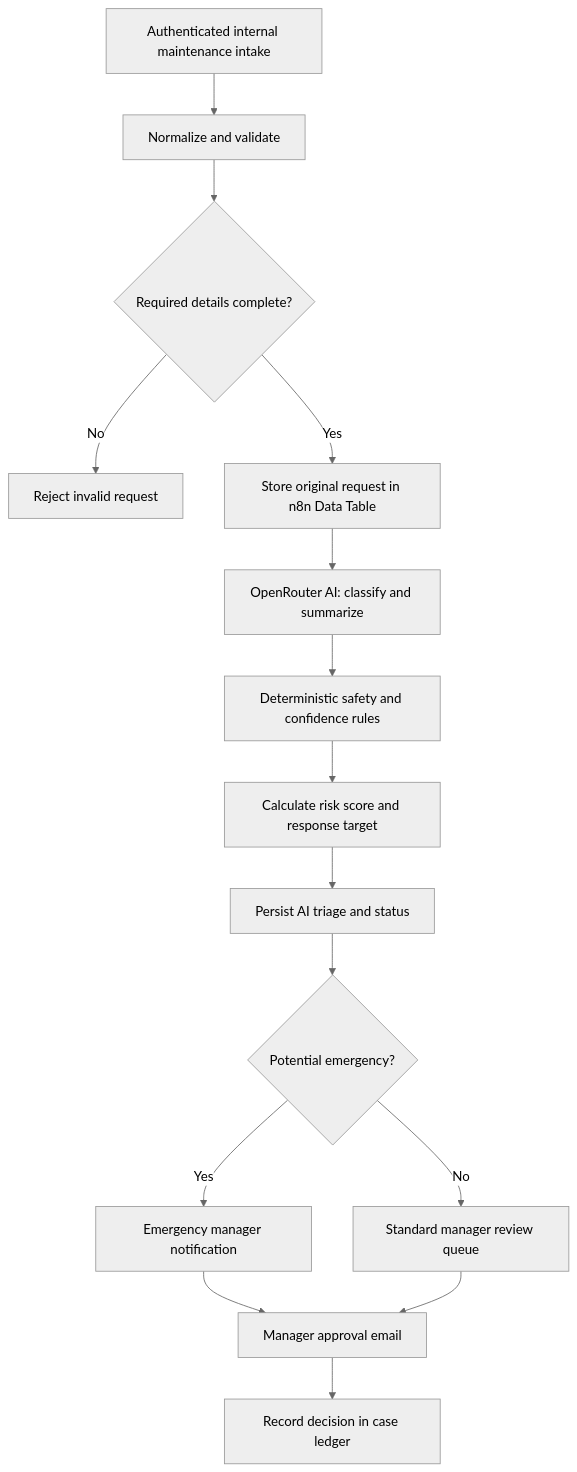
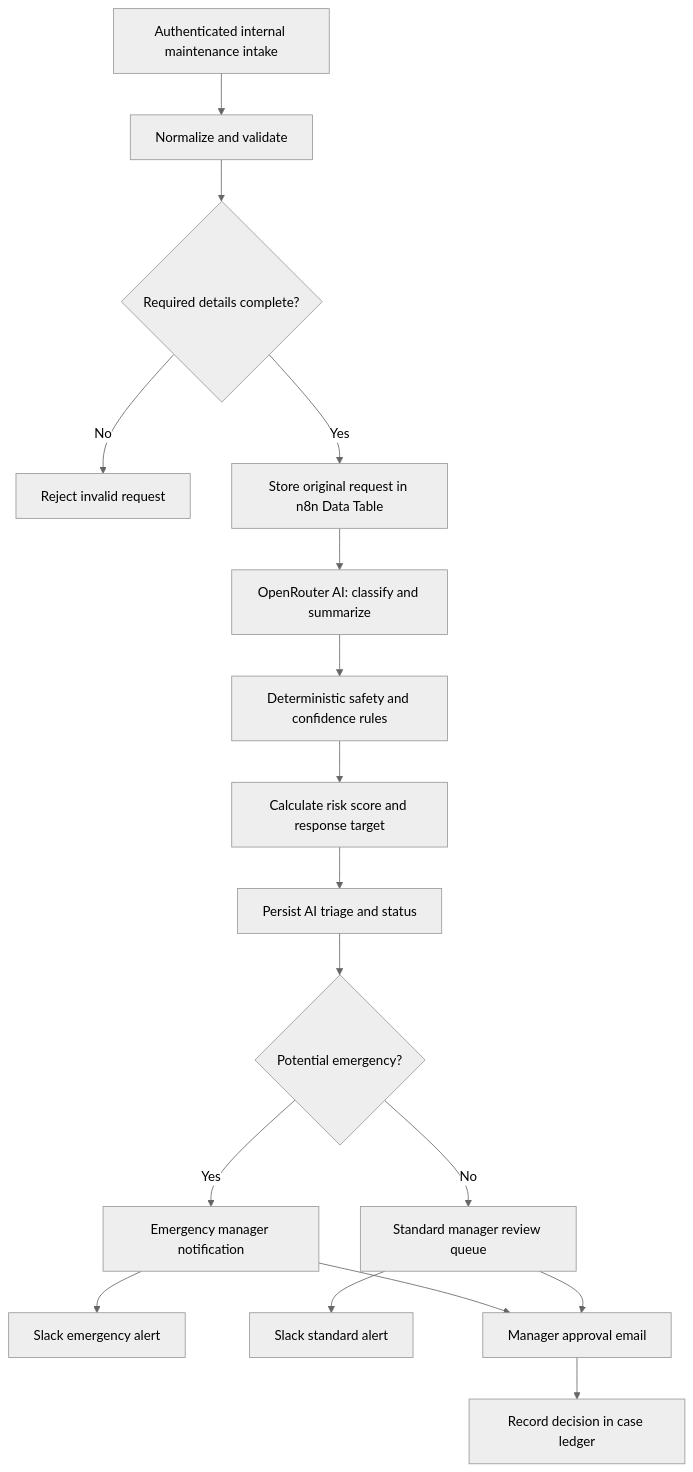
One commit to sanau0716/ai-automation-portfolio changed the diagram in n8n/propertyfix-ai-2/README.md. Above: the diagram before and after it, drawn with Mermaid (neutral theme). The commit also changed other lines of this file, not shown here.

Commit message:
docs: reflect Slack alerts and privacy-hardened PropertyFix V2 workflow

````diff
--- a/n8n/propertyfix-ai-2/README.md
+++ b/n8n/propertyfix-ai-2/README.md
@@ -19,17 +19,19 @@
 ```mermaid
 flowchart TD
     A[Authenticated internal maintenance intake] --> B[Normalize and validate]
     B --> C{Required details complete?}
     C -- No --> X[Reject invalid request]
     C -- Yes --> D[Store original request in n8n Data Table]
     D --> E[OpenRouter AI: classify and summarize]
     E --> F[Deterministic safety and confidence rules]
     F --> G[Calculate risk score and response target]
     G --> H[Persist AI triage and status]
     H --> I{Potential emergency?}
     I -- Yes --> J[Emergency manager notification]
     I -- No --> K[Standard manager review queue]
+    J --> SJ[Slack emergency alert]
+    K --> SK[Slack standard alert]
     J --> L[Manager approval email]
     K --> L
     L --> M[Record decision in case ledger]
 ```
````
